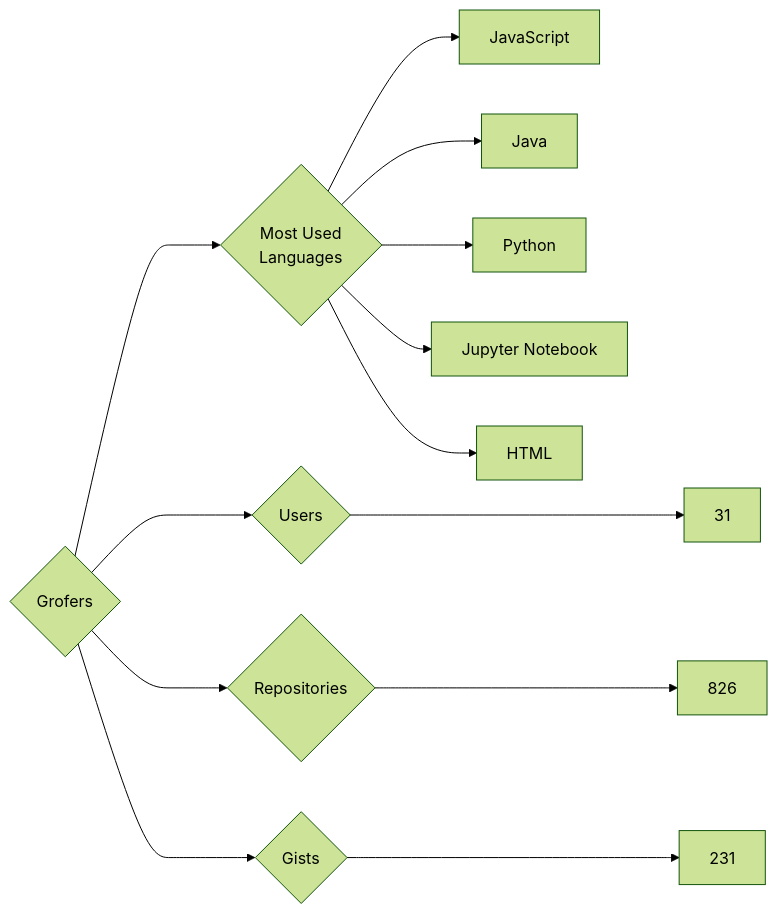
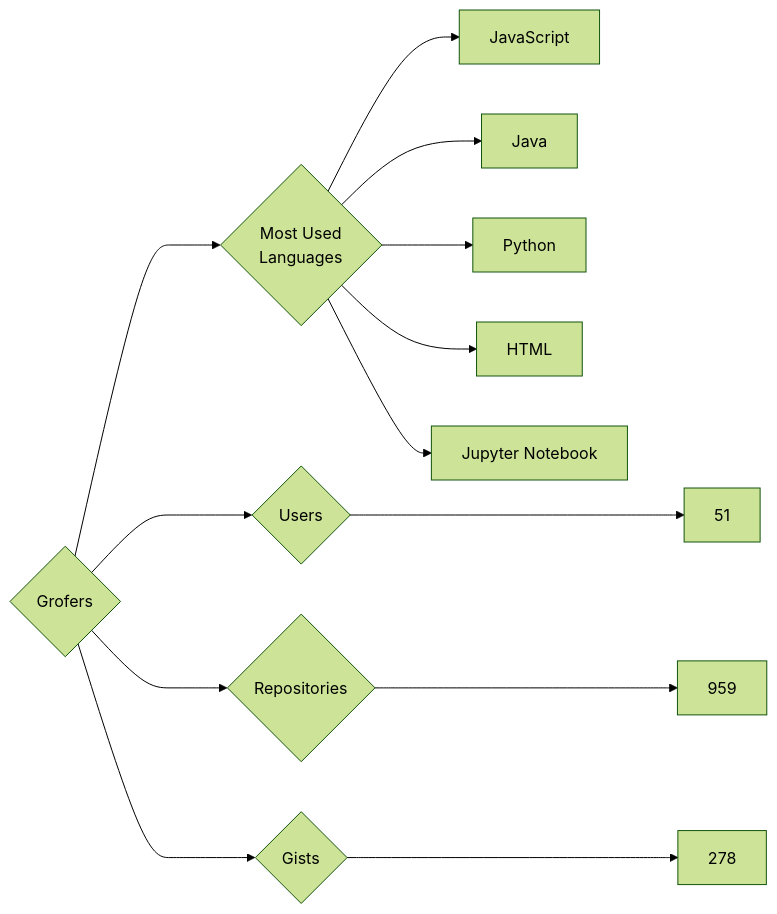
The diagram in targets/Grofers/README.md (trickest/insiders), drawn with Mermaid (forest theme) before and after one commit. The commit also changed 721 other files, not shown here.

````diff
--- a/targets/Grofers/README.md
+++ b/targets/Grofers/README.md
@@ -3,13 +3,13 @@
 ```mermaid
 graph LR
 COMPANY_NAME{Grofers}
-COMPANY_NAME ---> U{Users} ---> UN[31]
-COMPANY_NAME ---> R{Repositories} ---> RN[826]
-COMPANY_NAME ---> G{Gists} ---> GN[231]
+COMPANY_NAME ---> U{Users} ---> UN[51]
+COMPANY_NAME ---> R{Repositories} ---> RN[959]
+COMPANY_NAME ---> G{Gists} ---> GN[278]
 COMPANY_NAME ---> ML{Most Used<br>Languages}
 ML --> JavaScript[JavaScript]
 ML --> Java[Java]
 ML --> Python[Python]
+ML --> HTML[HTML]
 ML --> Jupyter_Notebook[Jupyter Notebook]
-ML --> HTML[HTML]
 ```
````
